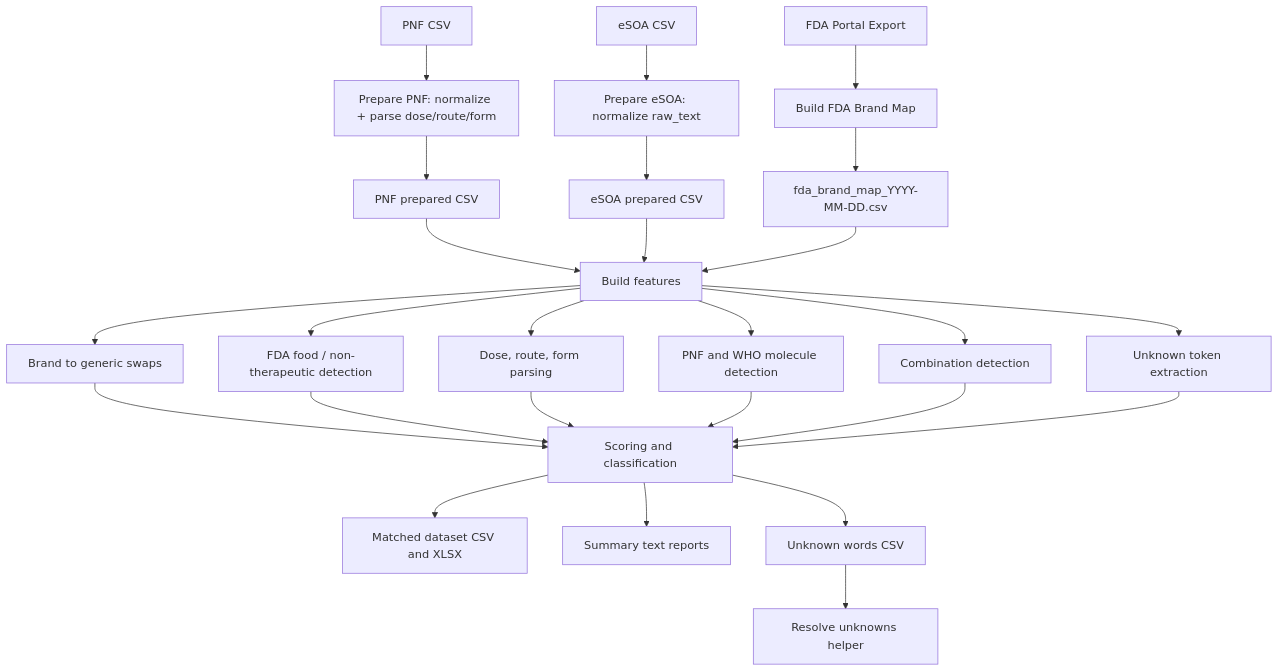
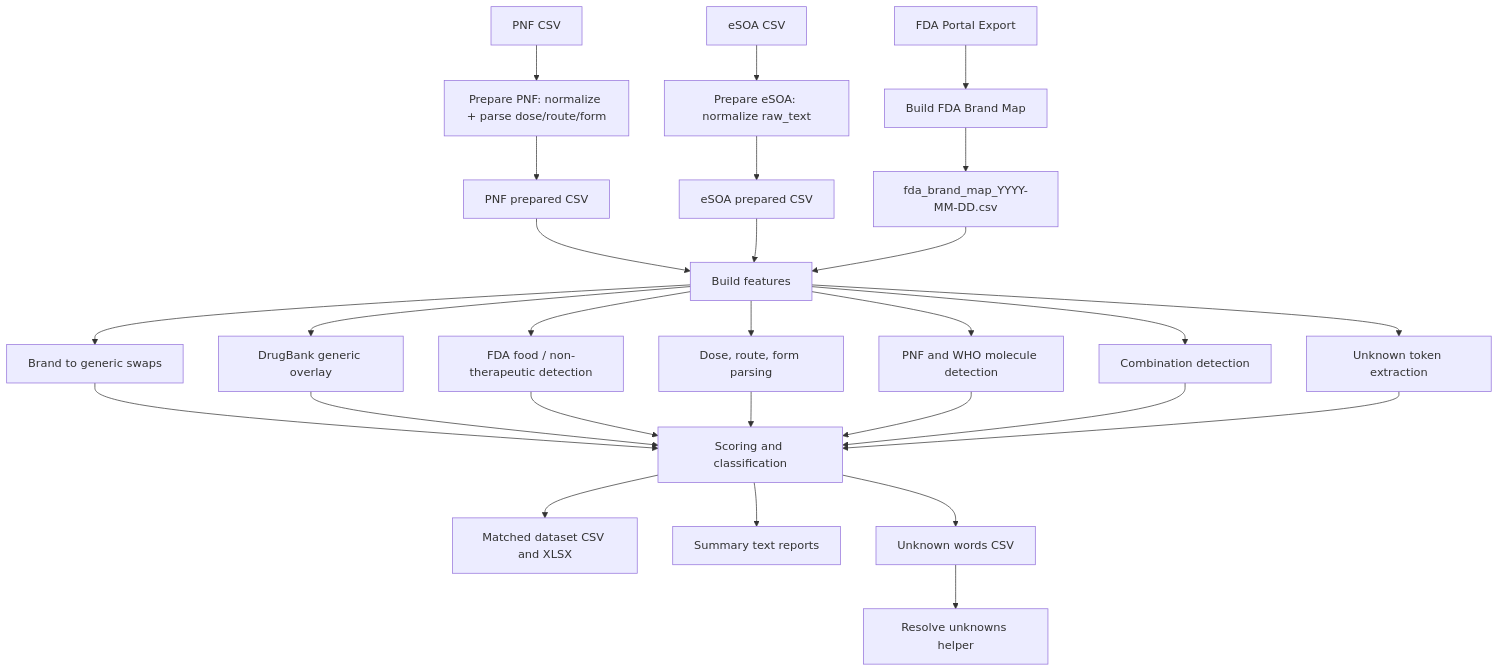
One commit to carlosresu/esoa changed the diagram in README.md. Above: the diagram before and after it, drawn with Mermaid. The commit also changed other lines of this file and 1 other file, not shown here.

````diff
--- a/README.md
+++ b/README.md
@@ -54,32 +54,34 @@
 ```mermaid
 flowchart TD
     A[PNF CSV] --> B[Prepare PNF: normalize + parse dose/route/form]
     A2[eSOA CSV] --> C[Prepare eSOA: normalize raw_text]
     B --> D[PNF prepared CSV]
     C --> E[eSOA prepared CSV]
 
     F[FDA Portal Export] --> G[Build FDA Brand Map]
     G --> H[fda_brand_map_YYYY-MM-DD.csv]
 
     D --> I[Build features]
     E --> I
     H --> I
     I --> J[Brand to generic swaps]
+    I --> Jb[DrugBank generic overlay]
     I --> J2[FDA food / non-therapeutic detection]
     I --> K[Dose, route, form parsing]
     I --> L[PNF and WHO molecule detection]
     I --> M[Combination detection]
     I --> N[Unknown token extraction]
 
     J --> O[Scoring and classification]
+    Jb --> O
     J2 --> O
     K --> O
     L --> O
     M --> O
     N --> O
     O --> P[Matched dataset CSV and XLSX]
     O --> Q[Summary text reports]
     O --> R[Unknown words CSV]
 
     R --> S[Resolve unknowns helper]
 ```
````
